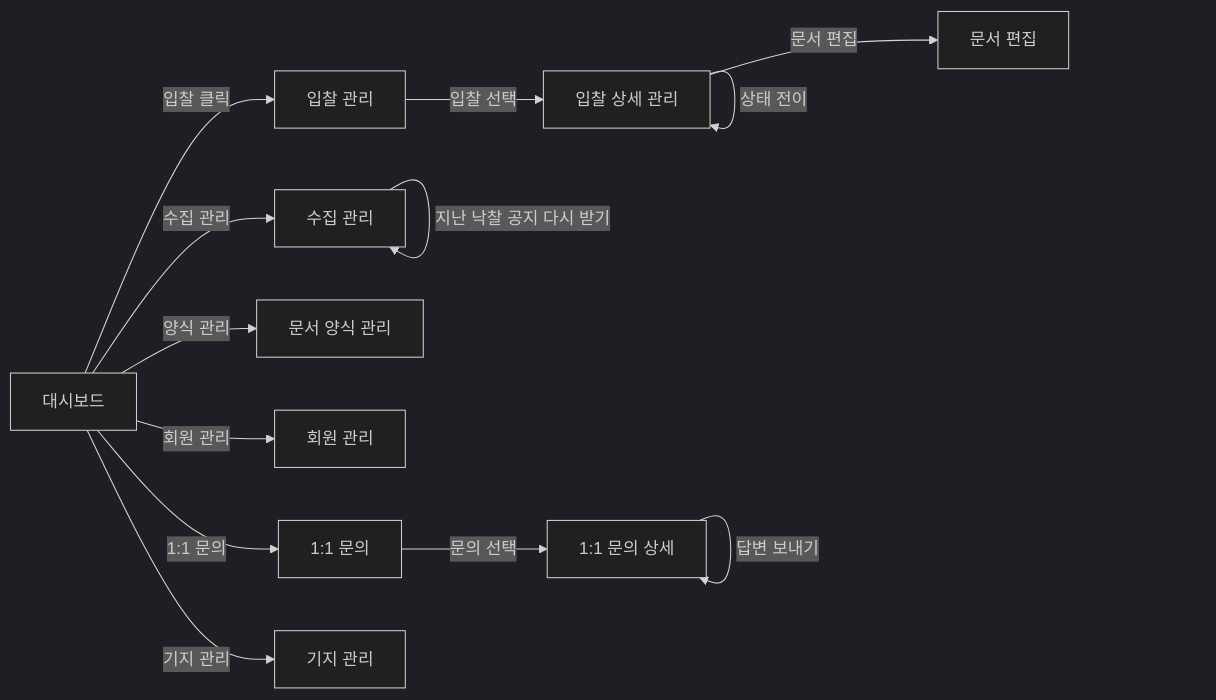
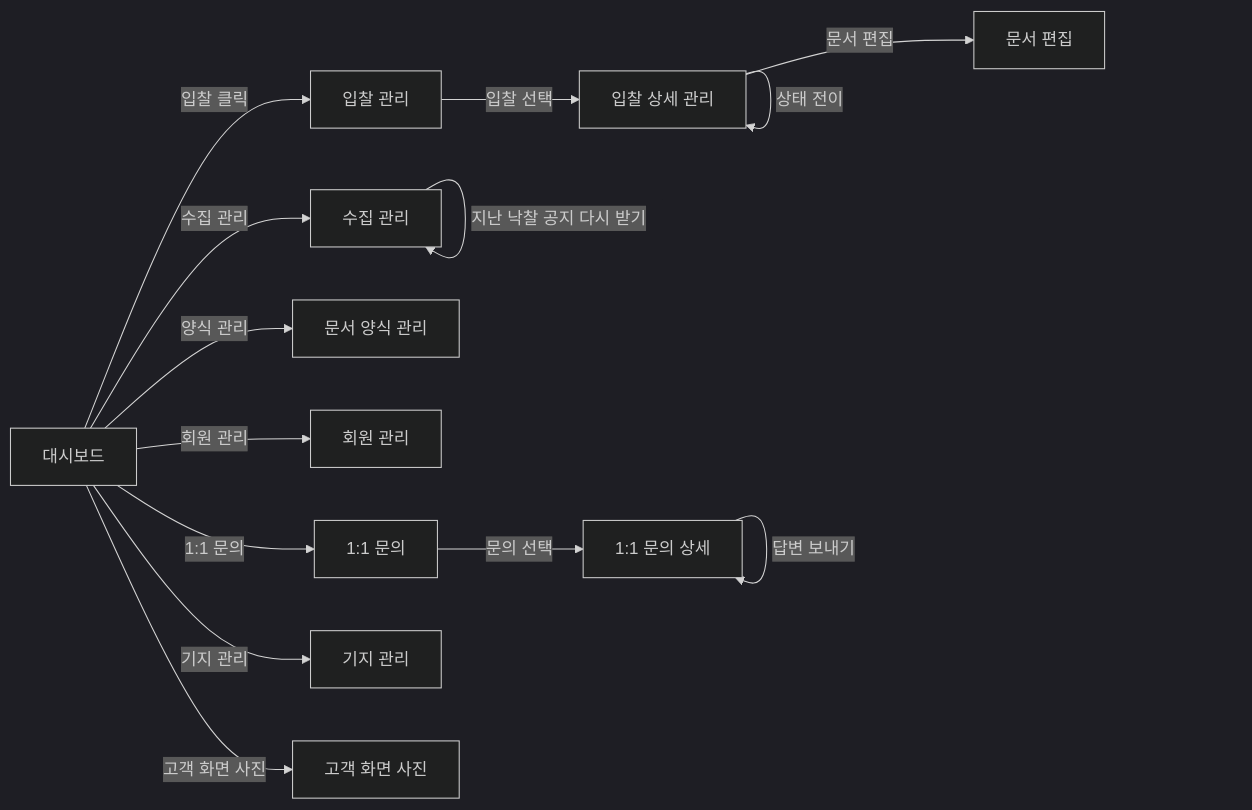
One commit to johnnykim7/wjbid changed the second of 2 diagrams in docs/T3-3_화면_구조.md. Above: the diagram before and after it, drawn with Mermaid (dark theme). The commit also changed other lines of this file and 13 other files, not shown here.

````diff
--- a/docs/T3-3_화면_구조.md
+++ b/docs/T3-3_화면_구조.md
@@ -1104,15 +1127,16 @@
 ```mermaid
 flowchart LR
     DASH[대시보드] -->|입찰 클릭| BID_LIST[입찰 관리]
     BID_LIST -->|입찰 선택| BID_DETAIL[입찰 상세 관리]
     BID_DETAIL -->|문서 편집| DOC_EDIT[문서 편집]
     BID_DETAIL -->|상태 전이| BID_DETAIL
     DASH -->|수집 관리| COLLECTION[수집 관리]
     DASH -->|양식 관리| TEMPLATES[문서 양식 관리]
     DASH -->|회원 관리| MEMBERS[회원 관리]
     DASH -->|1:1 문의| INQ_LIST[1:1 문의]
     INQ_LIST -->|문의 선택| INQ_DETAIL[1:1 문의 상세]
     INQ_DETAIL -->|답변 보내기| INQ_DETAIL
     DASH -->|기지 관리| BASES[기지 관리]
+    DASH -->|고객 화면 사진| SITE_PHOTOS[고객 화면 사진]
     COLLECTION -->|지난 낙찰 공지 다시 받기| COLLECTION
 ```
````
